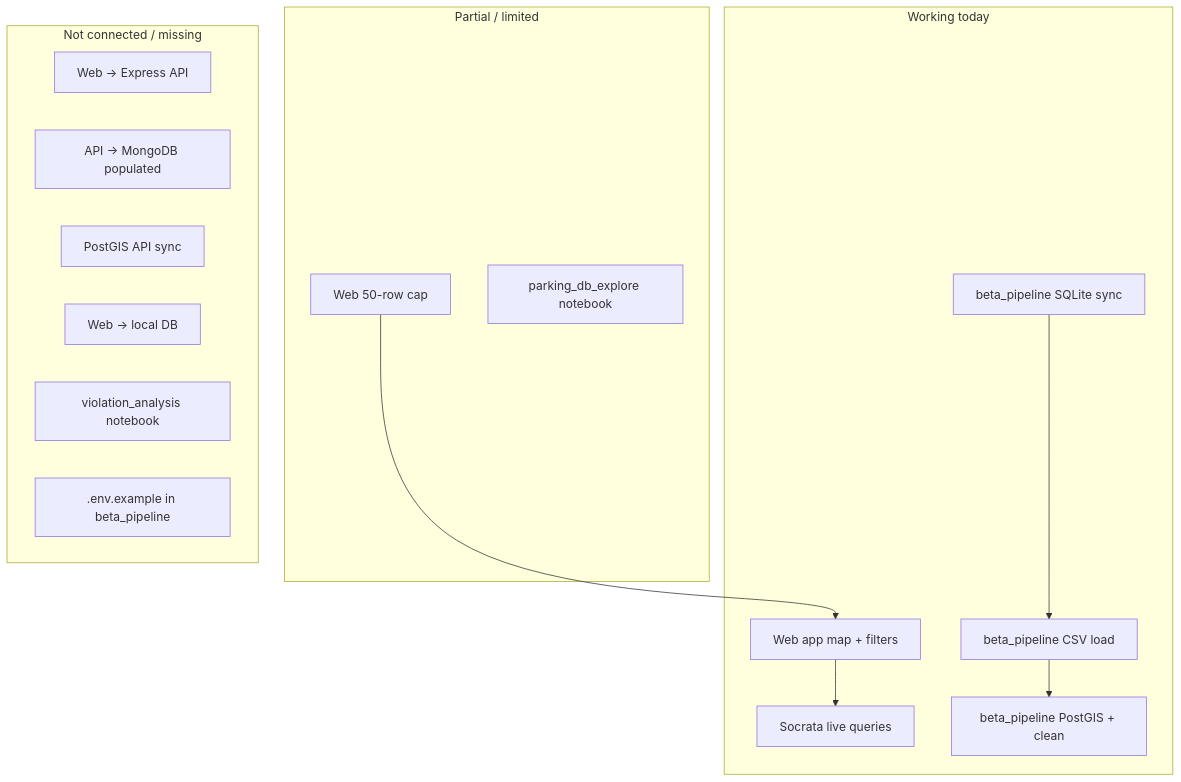
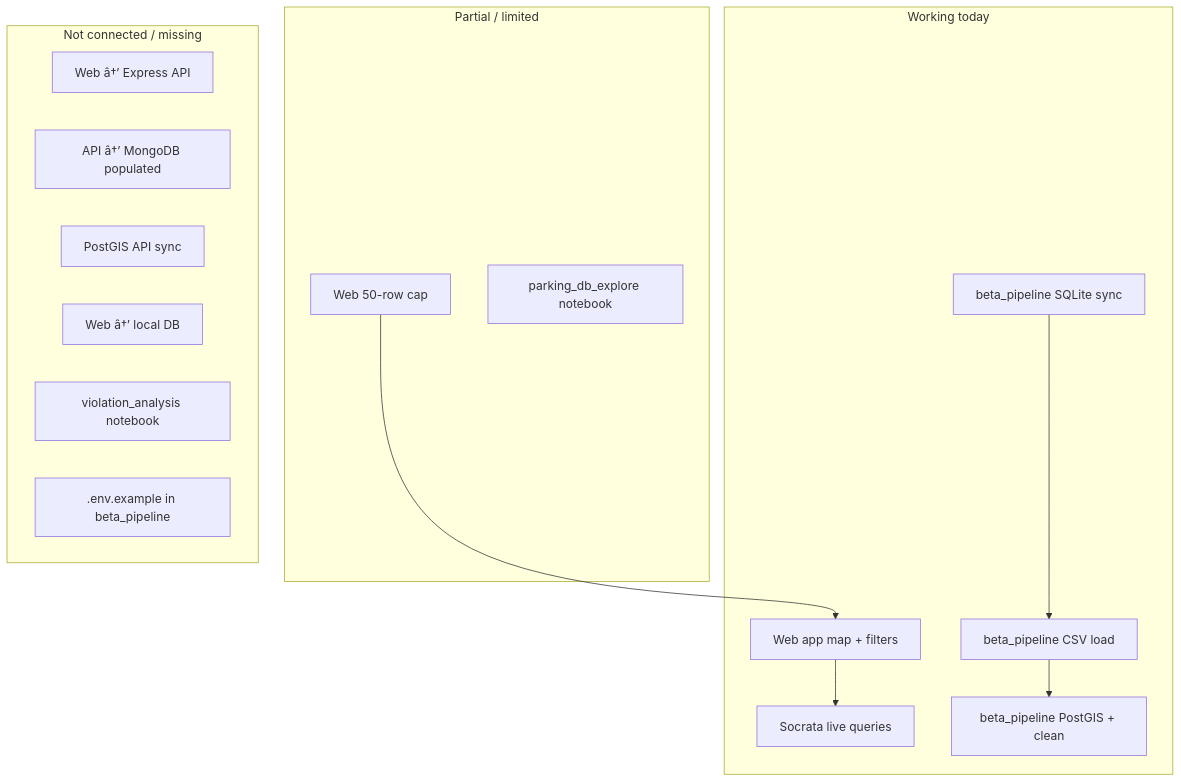
The first of 2 diagrams in docs/08-roadmap-and-open-questions.md (gregpawin/lucky-parking), drawn with Mermaid before and after one commit. The commit also changed other lines of this file and 199 other files, not shown here.

````diff
--- a/docs/08-roadmap-and-open-questions.md
+++ b/docs/08-roadmap-and-open-questions.md
@@ -9,29 +11,29 @@
 ```mermaid
 flowchart TB
     subgraph done [Working today]
         WEB[Web app map + filters]
         SOC[Socrata live queries]
         BETA_CSV[beta_pipeline CSV load]
         BETA_SQL[beta_pipeline SQLite sync]
         BETA_PG[beta_pipeline PostGIS + clean]
     end
 
     subgraph partial [Partial / limited]
         WEB50[Web 50-row cap]
         NB1[parking_db_explore notebook]
     end
 
     subgraph missing [Not connected / missing]
-        WEB_API[Web → Express API]
-        API_DB[API → MongoDB populated]
+        WEB_API[Web â†’ Express API]
+        API_DB[API â†’ MongoDB populated]
         PG_SYNC[PostGIS API sync]
-        WEB_DB[Web → local DB]
+        WEB_DB[Web â†’ local DB]
         VIO_NB[violation_analysis notebook]
         ENV_EX[.env.example in beta_pipeline]
     end
 
     WEB --> SOC
     WEB50 --> WEB
     BETA_CSV --> BETA_PG
     BETA_SQL --> BETA_CSV
 ```
````
